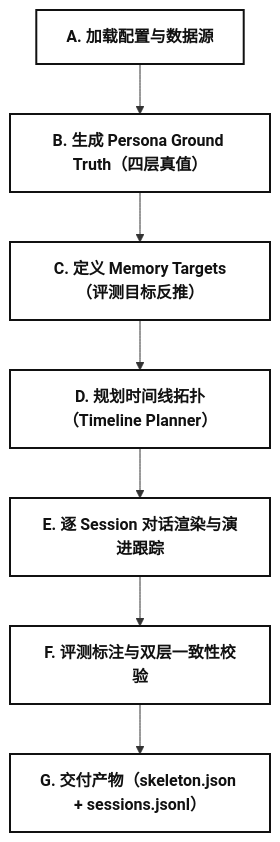
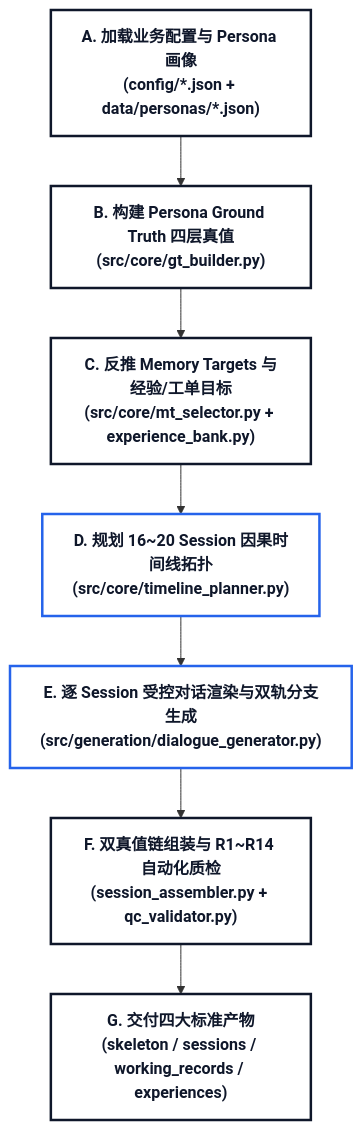
One commit to wangbanjin1/cross_data_gen changed the first of 12 diagrams in docs/跨 Session 记忆数据集生成器思路.md. Above: the diagram before and after it, drawn with Mermaid. The commit also changed other lines of this file and 17 other files, not shown here.

Commit message:
docs: reorganize 4-layer doc architecture, convert ASCII to Mermaid, and upgrade HTML visual renderer

````diff
--- a/docs/跨 Session 记忆数据集生成器思路.md
+++ b/docs/跨 Session 记忆数据集生成器思路.md
@@ -24,11 +30,12 @@
 ```mermaid
 graph TD
-    classDef default fill:#FFFFFF,stroke:#111111,stroke-width:2px,color:#111111;
+    classDef default fill:#FFFFFF,stroke:#0F172A,stroke-width:2.5px,color:#0F172A,font-weight:bold;
+    classDef highlight fill:#FFFFFF,stroke:#2563EB,stroke-width:2.5px,color:#0F172A,font-weight:bold;
 
-    A["<b>A. 加载配置与数据源</b>"] --> B["<b>B. 生成 Persona Ground Truth（四层真值）</b>"]
-    B --> C["<b>C. 定义 Memory Targets（评测目标反推）</b>"]
-    C --> D["<b>D. 规划时间线拓扑（Timeline Planner）</b>"]
-    D --> E["<b>E. 逐 Session 对话渲染与演进跟踪</b>"]
-    E --> F["<b>F. 评测标注与双层一致性校验</b>"]
-    F --> G["<b>G. 交付产物（skeleton.json + sessions.jsonl）</b>"]
+    A["<b>A. 加载业务配置与 Persona 画像<br/>(config/*.json + data/personas/*.json)</b>"] --> B["<b>B. 构建 Persona Ground Truth 四层真值<br/>(src/core/gt_builder.py)</b>"]
+    B --> C["<b>C. 反推 Memory Targets 与经验/工单目标<br/>(src/core/mt_selector.py + experience_bank.py)</b>"]
+    C --> D["<b>D. 规划 16~20 Session 因果时间线拓扑<br/>(src/core/timeline_planner.py)</b>"]:::highlight
+    D --> E["<b>E. 逐 Session 受控对话渲染与双轨分支生成<br/>(src/generation/dialogue_generator.py)</b>"]:::highlight
+    E --> F["<b>F. 双真值链组装与 R1~R14 自动化质检<br/>(session_assembler.py + qc_validator.py)</b>"]
+    F --> G["<b>G. 交付四大标准产物<br/>(skeleton / sessions / working_records / experiences)</b>"]
 ```
````
